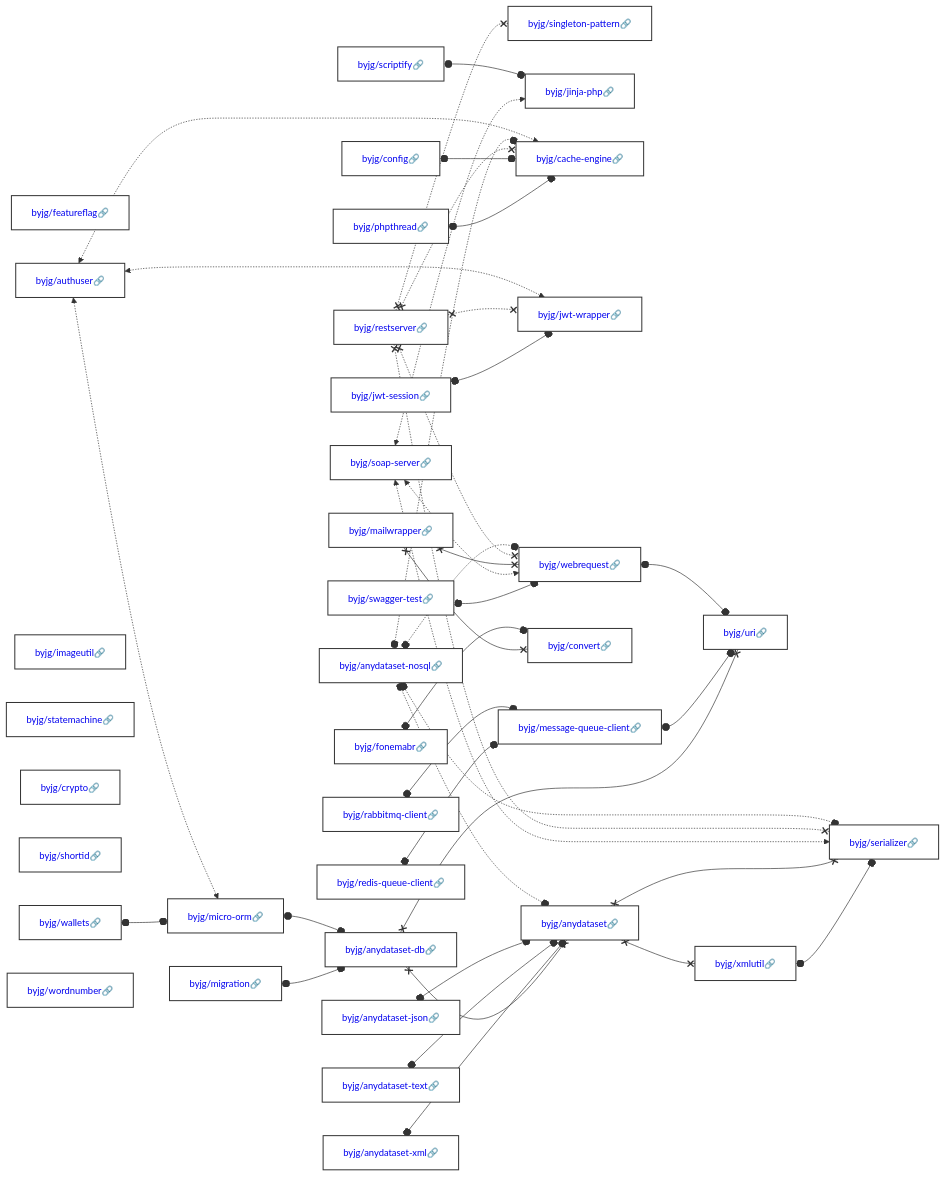
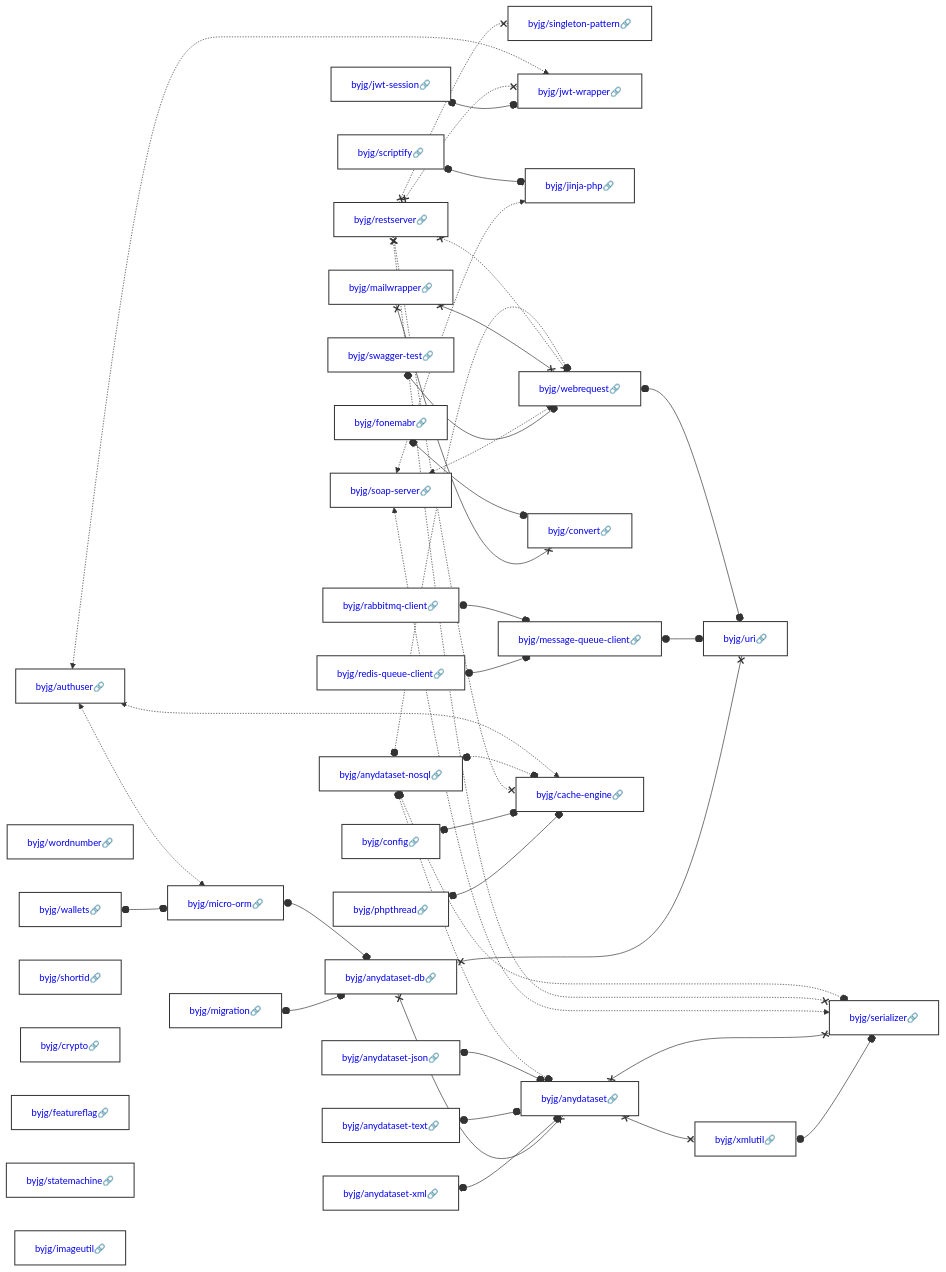
Before and after one commit to byjg/byjg.github.io: the diagram in docs/php/README.md, drawn with Mermaid. The commit also changed other lines of this file, not shown here.

Commit message:
Update documentation 'php' 'php-rest-reference-architecture'

````diff
--- a/docs/php/README.md
+++ b/docs/php/README.md
@@ -3,37 +3,37 @@
 ```mermaid
 graph LR;
+  byjg/fonemabr[<a href='https://opensource.byjg.com/docs/php/fonemabr' style='text-decoration:none'>byjg/fonemabr🔗</a>];
+  byjg/anydataset-nosql[<a href='https://opensource.byjg.com/docs/php/anydataset-nosql' style='text-decoration:none'>byjg/anydataset-nosql🔗</a>];
+  byjg/authuser[<a href='https://opensource.byjg.com/docs/php/authuser' style='text-decoration:none'>byjg/authuser🔗</a>];
+  byjg/swagger-test[<a href='https://opensource.byjg.com/docs/php/swagger-test' style='text-decoration:none'>byjg/swagger-test🔗</a>];
+  byjg/restserver[<a href='https://opensource.byjg.com/docs/php/restserver' style='text-decoration:none'>byjg/restserver🔗</a>];
+  byjg/rabbitmq-client[<a href='https://opensource.byjg.com/docs/php/rabbitmq-client' style='text-decoration:none'>byjg/rabbitmq-client🔗</a>];
+  byjg/jwt-session[<a href='https://opensource.byjg.com/docs/php/jwt-session' style='text-decoration:none'>byjg/jwt-session🔗</a>];
+  byjg/scriptify[<a href='https://opensource.byjg.com/docs/php/scriptify' style='text-decoration:none'>byjg/scriptify🔗</a>];
+  byjg/wordnumber[<a href='https://opensource.byjg.com/docs/php/wordnumber' style='text-decoration:none'>byjg/wordnumber🔗</a>];
+  byjg/soap-server[<a href='https://opensource.byjg.com/docs/php/soap-server' style='text-decoration:none'>byjg/soap-server🔗</a>];
+  byjg/wallets[<a href='https://opensource.byjg.com/docs/php/wallets' style='text-decoration:none'>byjg/wallets🔗</a>];
+  byjg/redis-queue-client[<a href='https://opensource.byjg.com/docs/php/redis-queue-client' style='text-decoration:none'>byjg/redis-queue-client🔗</a>];
+  byjg/mailwrapper[<a href='https://opensource.byjg.com/docs/php/mailwrapper' style='text-decoration:none'>byjg/mailwrapper🔗</a>];
+  byjg/shortid[<a href='https://opensource.byjg.com/docs/php/shortid' style='text-decoration:none'>byjg/shortid🔗</a>];
+  byjg/anydataset-text[<a href='https://opensource.byjg.com/docs/php/anydataset-text' style='text-decoration:none'>byjg/anydataset-text🔗</a>];
+  byjg/config[<a href='https://opensource.byjg.com/docs/php/config' style='text-decoration:none'>byjg/config🔗</a>];
+  byjg/migration[<a href='https://opensource.byjg.com/docs/php/migration' style='text-decoration:none'>byjg/migration🔗</a>];
+  byjg/anydataset-xml[<a href='https://opensource.byjg.com/docs/php/anydataset-xml' style='text-decoration:none'>byjg/anydataset-xml🔗</a>];
+  byjg/anydataset-json[<a href='https://opensource.byjg.com/docs/php/anydataset-json' style='text-decoration:none'>byjg/anydataset-json🔗</a>];
+  byjg/crypto[<a href='https://opensource.byjg.com/docs/php/crypto' style='text-decoration:none'>byjg/crypto🔗</a>];
   byjg/featureflag[<a href='https://opensource.byjg.com/docs/php/featureflag' style='text-decoration:none'>byjg/featureflag🔗</a>];
-  byjg/jwt-session[<a href='https://opensource.byjg.com/docs/php/jwt-session' style='text-decoration:none'>byjg/jwt-session🔗</a>];
-  byjg/anydataset-text[<a href='https://opensource.byjg.com/docs/php/anydataset-text' style='text-decoration:none'>byjg/anydataset-text🔗</a>];
-  byjg/migration[<a href='https://opensource.byjg.com/docs/php/migration' style='text-decoration:none'>byjg/migration🔗</a>];
-  byjg/wallets[<a href='https://opensource.byjg.com/docs/php/wallets' style='text-decoration:none'>byjg/wallets🔗</a>];
-  byjg/anydataset-nosql[<a href='https://opensource.byjg.com/docs/php/anydataset-nosql' style='text-decoration:none'>byjg/anydataset-nosql🔗</a>];
-  byjg/restserver[<a href='https://opensource.byjg.com/docs/php/restserver' style='text-decoration:none'>byjg/restserver🔗</a>];
+  byjg/statemachine[<a href='https://opensource.byjg.com/docs/php/statemachine' style='text-decoration:none'>byjg/statemachine🔗</a>];
   byjg/imageutil[<a href='https://opensource.byjg.com/docs/php/imageutil' style='text-decoration:none'>byjg/imageutil🔗</a>];
-  byjg/statemachine[<a href='https://opensource.byjg.com/docs/php/statemachine' style='text-decoration:none'>byjg/statemachine🔗</a>];
   byjg/phpthread[<a href='https://opensource.byjg.com/docs/php/phpthread' style='text-decoration:none'>byjg/phpthread🔗</a>];
-  byjg/scriptify[<a href='https://opensource.byjg.com/docs/php/scriptify' style='text-decoration:none'>byjg/scriptify🔗</a>];
-  byjg/crypto[<a href='https://opensource.byjg.com/docs/php/crypto' style='text-decoration:none'>byjg/crypto🔗</a>];
-  byjg/config[<a href='https://opensource.byjg.com/docs/php/config' style='text-decoration:none'>byjg/config🔗</a>];
-  byjg/fonemabr[<a href='https://opensource.byjg.com/docs/php/fonemabr' style='text-decoration:none'>byjg/fonemabr🔗</a>];
-  byjg/anydataset-xml[<a href='https://opensource.byjg.com/docs/php/anydataset-xml' style='text-decoration:none'>byjg/anydataset-xml🔗</a>];
-  byjg/soap-server[<a href='https://opensource.byjg.com/docs/php/soap-server' style='text-decoration:none'>byjg/soap-server🔗</a>];
-  byjg/shortid[<a href='https://opensource.byjg.com/docs/php/shortid' style='text-decoration:none'>byjg/shortid🔗</a>];
-  byjg/swagger-test[<a href='https://opensource.byjg.com/docs/php/swagger-test' style='text-decoration:none'>byjg/swagger-test🔗</a>];
-  byjg/authuser[<a href='https://opensource.byjg.com/docs/php/authuser' style='text-decoration:none'>byjg/authuser🔗</a>];
-  byjg/wordnumber[<a href='https://opensource.byjg.com/docs/php/wordnumber' style='text-decoration:none'>byjg/wordnumber🔗</a>];
-  byjg/redis-queue-client[<a href='https://opensource.byjg.com/docs/php/redis-queue-client' style='text-decoration:none'>byjg/redis-queue-client🔗</a>];
-  byjg/rabbitmq-client[<a href='https://opensource.byjg.com/docs/php/rabbitmq-client' style='text-decoration:none'>byjg/rabbitmq-client🔗</a>];
-  byjg/anydataset-json[<a href='https://opensource.byjg.com/docs/php/anydataset-json' style='text-decoration:none'>byjg/anydataset-json🔗</a>];
-  byjg/mailwrapper[<a href='https://opensource.byjg.com/docs/php/mailwrapper' style='text-decoration:none'>byjg/mailwrapper🔗</a>];
   byjg/singleton-pattern[<a href='https://opensource.byjg.com/docs/php/singleton-pattern' style='text-decoration:none'>byjg/singleton-pattern🔗</a>];
+  byjg/jwt-wrapper[<a href='https://opensource.byjg.com/docs/php/jwt-wrapper' style='text-decoration:none'>byjg/jwt-wrapper🔗</a>];
   byjg/jinja-php[<a href='https://opensource.byjg.com/docs/php/jinja-php' style='text-decoration:none'>byjg/jinja-php🔗</a>];
   byjg/micro-orm[<a href='https://opensource.byjg.com/docs/php/micro-orm' style='text-decoration:none'>byjg/micro-orm🔗</a>];
-  byjg/cache-engine[<a href='https://opensource.byjg.com/docs/php/cache-engine' style='text-decoration:none'>byjg/cache-engine🔗</a>];
-  byjg/jwt-wrapper[<a href='https://opensource.byjg.com/docs/php/jwt-wrapper' style='text-decoration:none'>byjg/jwt-wrapper🔗</a>];
   byjg/message-queue-client[<a href='https://opensource.byjg.com/docs/php/message-queue-client' style='text-decoration:none'>byjg/message-queue-client🔗</a>];
   byjg/convert[<a href='https://opensource.byjg.com/docs/php/convert' style='text-decoration:none'>byjg/convert🔗</a>];
   byjg/webrequest[<a href='https://opensource.byjg.com/docs/php/webrequest' style='text-decoration:none'>byjg/webrequest🔗</a>];
+  byjg/cache-engine[<a href='https://opensource.byjg.com/docs/php/cache-engine' style='text-decoration:none'>byjg/cache-engine🔗</a>];
   byjg/anydataset-db[<a href='https://opensource.byjg.com/docs/php/anydataset-db' style='text-decoration:none'>byjg/anydataset-db🔗</a>];
   byjg/anydataset[<a href='https://opensource.byjg.com/docs/php/anydataset' style='text-decoration:none'>byjg/anydataset🔗</a>];
   byjg/uri[<a href='https://opensource.byjg.com/docs/php/uri' style='text-decoration:none'>byjg/uri🔗</a>];
````
